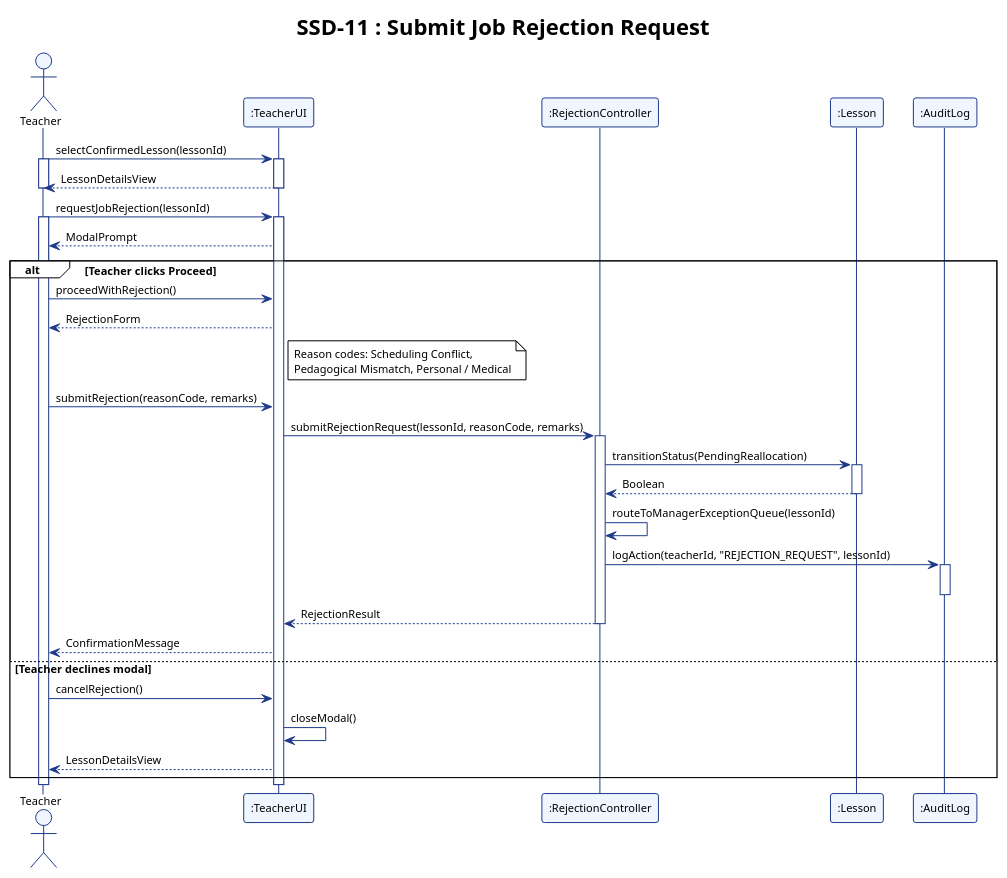
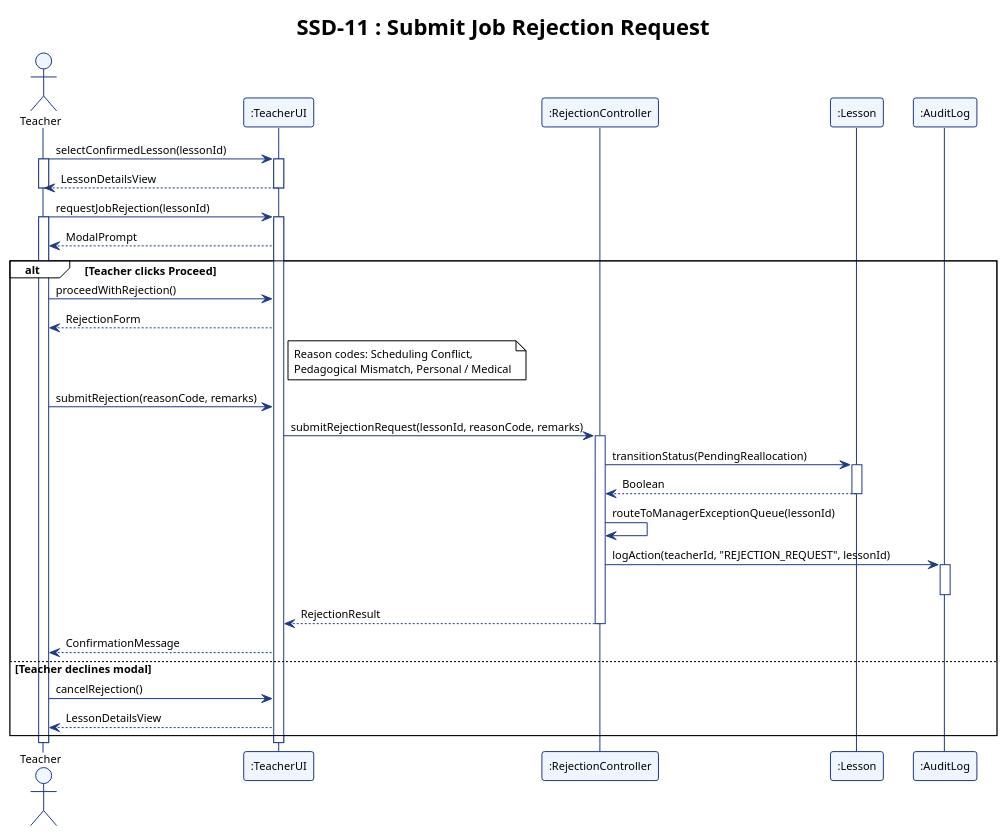
The diagram in report/assets/ssd_11.puml (adoreblvnk/2001temp), drawn with PlantUML before and after one commit. The commit also changed 27 other files, not shown here.

First line of the commit message:
fix(report): streamline sequence diagrams, remove LaTeX, and reformat appendix

```diff
--- a/report/assets/ssd_11.puml
+++ b/report/assets/ssd_11.puml
@@ -1,75 +1,74 @@
 @startuml ssd_11
 !theme plain
 skinparam shadowing false
 skinparam defaultFontName "Helvetica", "Arial", sans-serif
 skinparam defaultFontSize 11
 skinparam sequence {
     ParticipantBorderColor #1E3A8A
     ParticipantBackgroundColor #EFF6FF
     LifeLineBorderColor #1E3A8A
     LifeLineBackgroundColor #FFFFFF
     ArrowColor #1E3A8A
     ActorBorderColor #1E3A8A
     ActorBackgroundColor #EFF6FF
 }
 
 title SSD-11 : Submit Job Rejection Request
 
 actor Teacher
 participant ":TeacherUI" as TeacherUI
 participant ":RejectionController" as RejectionController
 participant ":Lesson" as Lesson
 participant ":AuditLog" as AuditLog
 
 Teacher -> TeacherUI : selectConfirmedLesson(lessonId)
 activate Teacher
 activate TeacherUI
 
 TeacherUI --> Teacher : LessonDetailsView
 deactivate TeacherUI
 deactivate Teacher
 
 Teacher -> TeacherUI : requestJobRejection(lessonId)
 activate Teacher
 activate TeacherUI
 
 TeacherUI --> Teacher : ModalPrompt
 
 alt Teacher clicks Proceed
     Teacher -> TeacherUI : proceedWithRejection()
     TeacherUI --> Teacher : RejectionForm
 
     note right of TeacherUI
       Reason codes: Scheduling Conflict,
       Pedagogical Mismatch, Personal / Medical
     end note
 
     Teacher -> TeacherUI : submitRejection(reasonCode, remarks)
     TeacherUI -> RejectionController : submitRejectionRequest(lessonId, reasonCode, remarks)
     activate RejectionController
 
     RejectionController -> Lesson : transitionStatus(PendingReallocation)
     activate Lesson
     Lesson --> RejectionController : Boolean
     deactivate Lesson
 
     RejectionController -> RejectionController : routeToManagerExceptionQueue(lessonId)
 
     RejectionController -> AuditLog : logAction(teacherId, "REJECTION_REQUEST", lessonId)
     activate AuditLog
     deactivate AuditLog
 
     RejectionController --> TeacherUI : RejectionResult
     deactivate RejectionController
 
     TeacherUI --> Teacher : ConfirmationMessage
 else Teacher declines modal
     Teacher -> TeacherUI : cancelRejection()
-    TeacherUI -> TeacherUI : closeModal()
     TeacherUI --> Teacher : LessonDetailsView
 end
 
 deactivate TeacherUI
 deactivate Teacher
 
 @enduml
```
